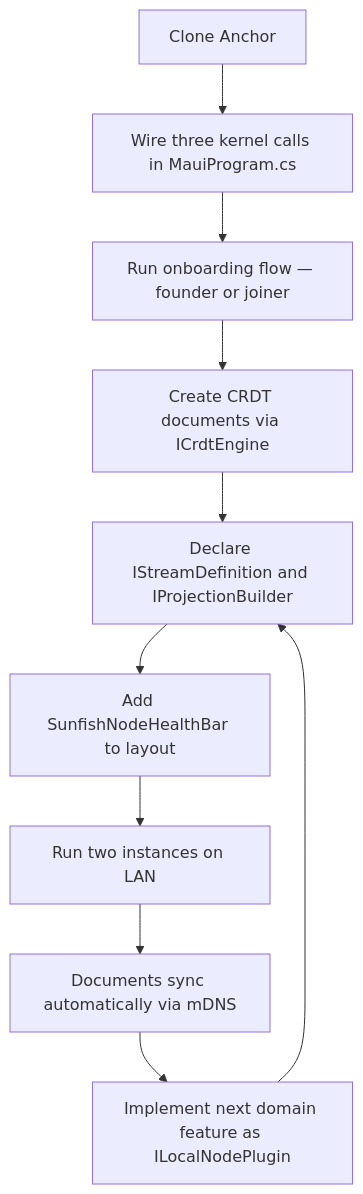
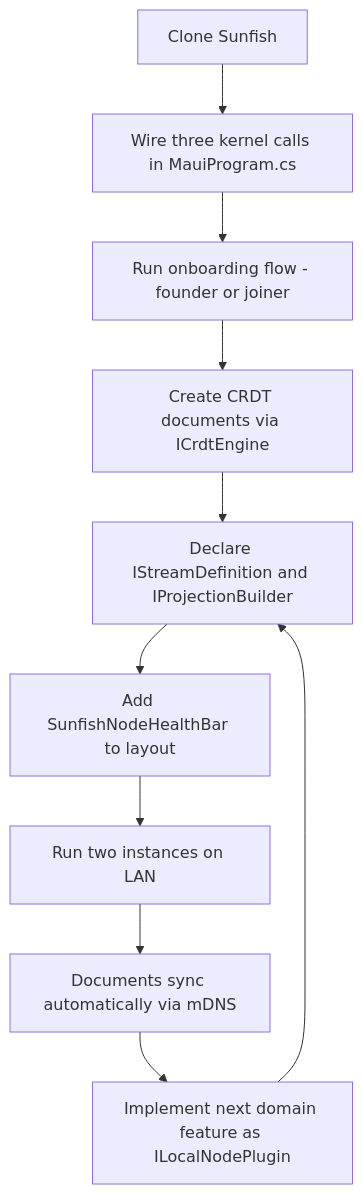
One commit to Harborline-Software/the-inverted-stack changed the third of 3 diagrams in vol-1/part-4-implementation-playbooks/ch17-building-first-node.md. Above: the diagram before and after it, drawn with Mermaid. The commit also changed other lines of this file and 376 other files, not shown here.

````diff
--- a/vol-1/part-4-implementation-playbooks/ch17-building-first-node.md
+++ b/vol-1/part-4-implementation-playbooks/ch17-building-first-node.md
@@ -417,12 +421,12 @@
 ```mermaid
 flowchart TD
-    A[Clone Anchor] --> B[Wire three kernel calls in MauiProgram.cs]
-    B --> C[Run onboarding flow — founder or joiner]
+    A[Clone Sunfish] --> B[Wire three kernel calls in MauiProgram.cs]
+    B --> C[Run onboarding flow - founder or joiner]
     C --> D[Create CRDT documents via ICrdtEngine]
     D --> E[Declare IStreamDefinition and IProjectionBuilder]
     E --> F[Add SunfishNodeHealthBar to layout]
     F --> G[Run two instances on LAN]
     G --> H[Documents sync automatically via mDNS]
     H --> I[Implement next domain feature as ILocalNodePlugin]
     I --> E
 ```
````
